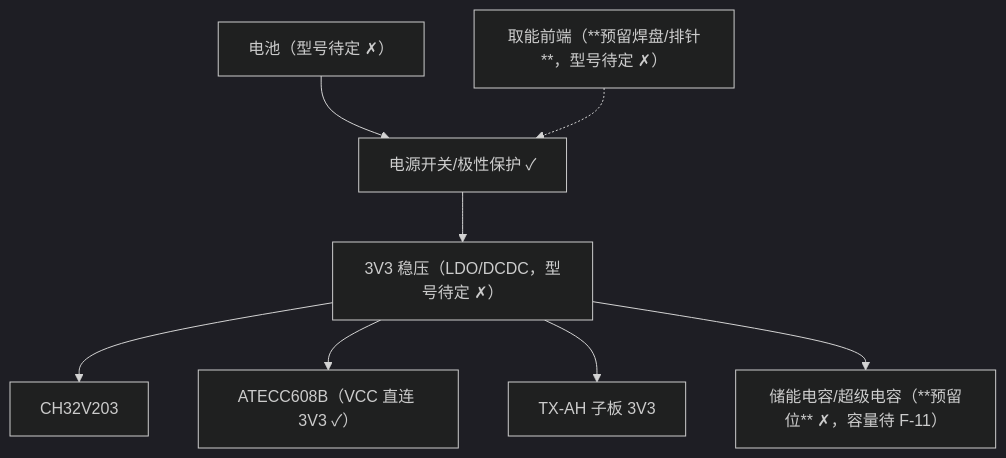
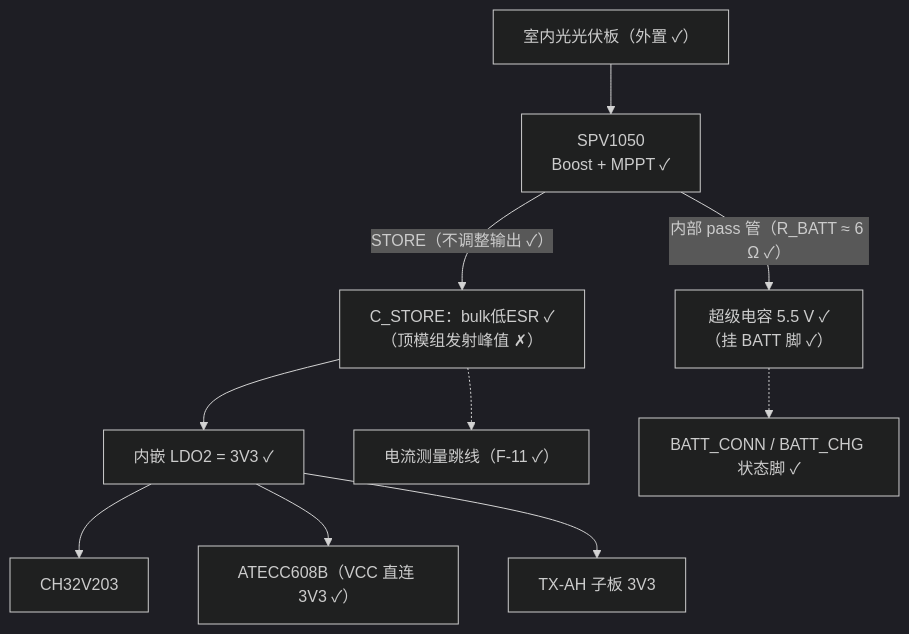
Before and after one commit to Orpah/orpah-client-demo: the second of 3 diagrams in docs/carrier-board-spec.md, drawn with Mermaid (dark theme). The commit also changed other lines of this file and 4 other files, not shown here.

````diff
--- a/docs/carrier-board-spec.md
+++ b/docs/carrier-board-spec.md
@@ -117,10 +125,12 @@
 ```mermaid
 graph TD
-  BAT["电池（型号待定 ✗）"] --> SW["电源开关/极性保护 ✓"]
-  HAR["取能前端（**预留焊盘/排针**，型号待定 ✗）"] -.-> SW
-  SW --> REG["3V3 稳压（LDO/DCDC，型号待定 ✗）"]
-  REG --> MCU["CH32V203"]
-  REG --> SE["ATECC608B（VCC 直连 3V3 ✓）"]
-  REG --> MOD["TX-AH 子板 3V3"]
-  REG --> STORE["储能电容/超级电容（**预留位** ✗，容量待 F-11）"]
+  PV["室内光光伏板（外置 ✓）"] --> FE["SPV1050<br/>Boost + MPPT ✓"]
+  FE -- "STORE（不调整输出 ✓）" --> CS["C_STORE：bulk低ESR ✓<br/>（顶模组发射峰值 ✗）"]
+  FE -- "内部 pass 管（R_BATT ≈ 6 Ω ✓）" --> BT["超级电容 5.5 V ✓<br/>（挂 BATT 脚 ✓）"]
+  CS --> LDO["内嵌 LDO2 = 3V3 ✓"]
+  LDO --> MCU["CH32V203"]
+  LDO --> SE["ATECC608B（VCC 直连 3V3 ✓）"]
+  LDO --> MOD["TX-AH 子板 3V3"]
+  CS -.-> TP["电流测量跳线（F-11 ✓）"]
+  BT -.-> ST["BATT_CONN / BATT_CHG 状态脚 ✓"]
 ```
````
